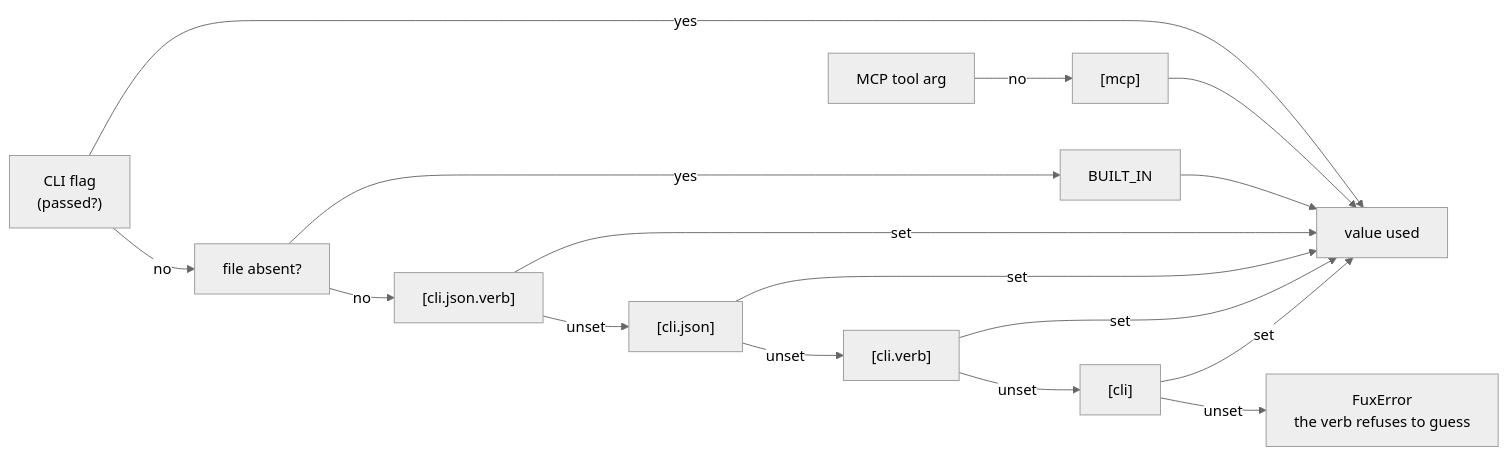
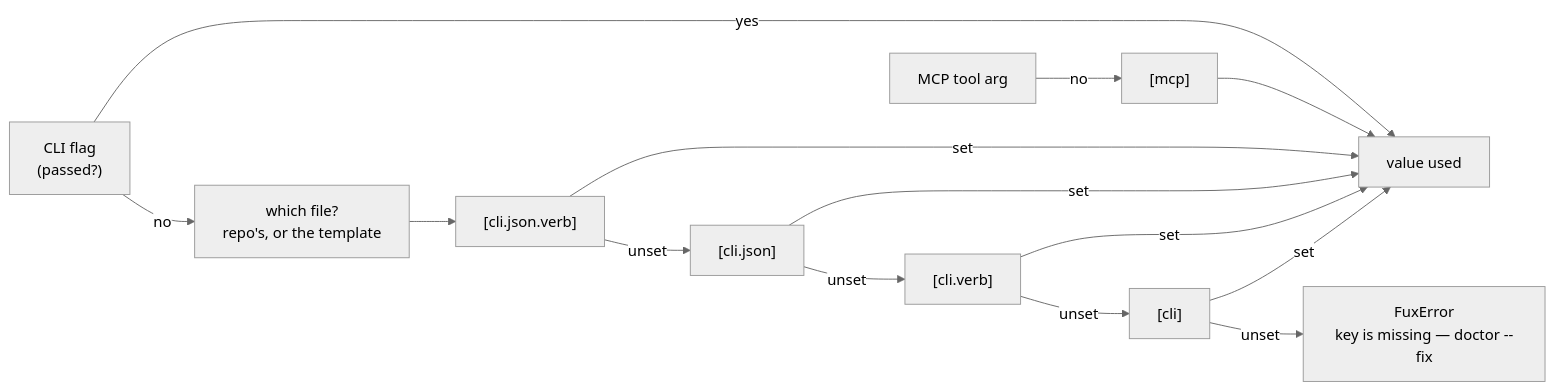
One commit to arpitarya/fux changed the diagram in records/0143_output-defaults.md. Above: the diagram before and after it, drawn with Mermaid (neutral theme). The commit also changed other lines of this file and 55 other files, not shown here.

First line of the commit message:
feat(w225): stage 3a — .fux/output.toml is required key by key; the template is the one home

````diff
--- a/records/0143_output-defaults.md
+++ b/records/0143_output-defaults.md
@@ -80,16 +83,15 @@
 ```mermaid
 flowchart LR
     F["CLI flag<br/>(passed?)"] -->|yes| OUT[value used]
-    F -->|no| A["file absent?"]
-    A -->|yes| B["BUILT_IN"] --> OUT
-    A -->|no| JV["[cli.json.verb]"]
+    F -->|no| A["which file?<br/>repo's, or the template"]
+    A --> JV["[cli.json.verb]"]
     JV -->|set| OUT
     JV -->|unset| J["[cli.json]"]
     J -->|set| OUT
     J -->|unset| CV["[cli.verb]"]
     CV -->|set| OUT
     CV -->|unset| C["[cli]"]
     C -->|set| OUT
-    C -->|unset| E["FuxError<br/>the verb refuses to guess"]
+    C -->|unset| E["FuxError<br/>key is missing — doctor --fix"]
     M["MCP tool arg"] -->|no| MT["[mcp]"] --> OUT
 ```
````
